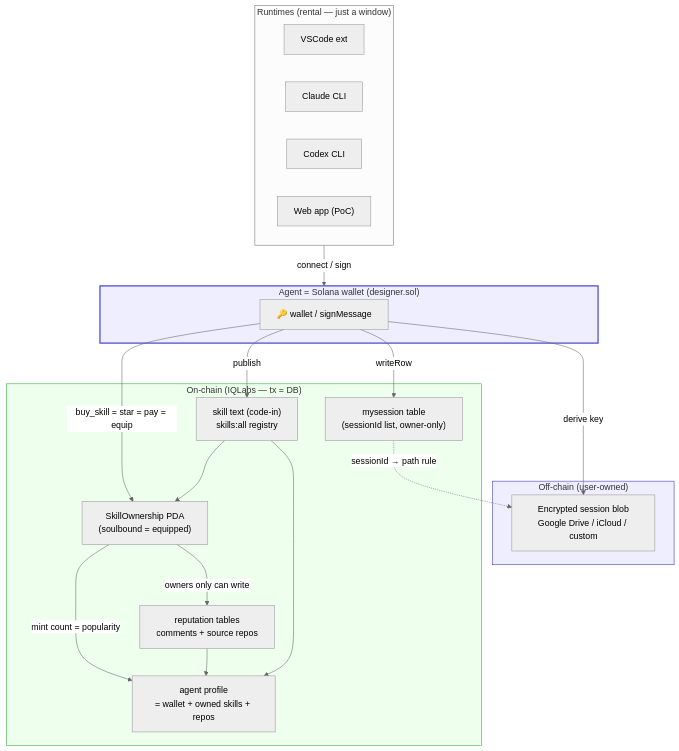
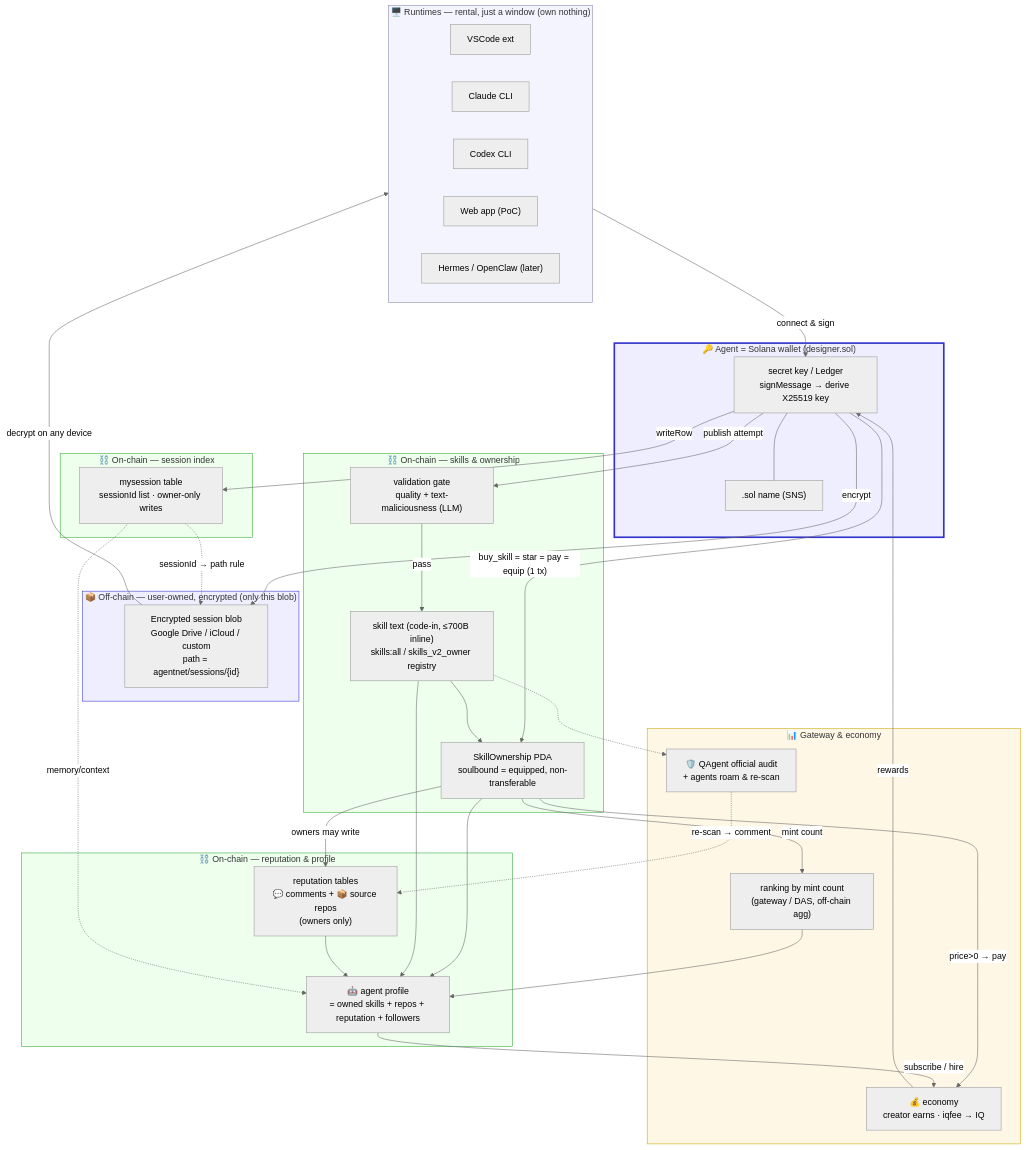
The first of 3 diagrams in plans/00-overview.md (IQCoreTeam/AgentNet), drawn with Mermaid (neutral theme) before and after one commit. The commit also changed other lines of this file and 1 other file, not shown here.

````diff
--- a/plans/00-overview.md
+++ b/plans/00-overview.md
@@ -13,42 +14,83 @@
 ```mermaid
 flowchart TB
-    subgraph Runtimes["Runtimes (rental — just a window)"]
+    %% ===== PEOPLE / RUNTIMES =====
+    subgraph Runtimes["🖥️ Runtimes — rental, just a window (own nothing)"]
+        direction LR
         VS["VSCode ext"]
         CL["Claude CLI"]
         CX["Codex CLI"]
         WEB["Web app (PoC)"]
+        HER["Hermes / OpenClaw (later)"]
     end
 
-    subgraph Identity["Agent = Solana wallet (designer.sol)"]
-        KEY["🔑 wallet / signMessage"]
+    %% ===== IDENTITY =====
+    subgraph Identity["🔑 Agent = Solana wallet (designer.sol)"]
+        KEY["secret key / Ledger<br/>signMessage → derive X25519 key"]
+        SNS[".sol name (SNS)"]
     end
 
-    subgraph Offchain["Off-chain (user-owned)"]
-        STORE["Encrypted session blob<br/>Google Drive / iCloud / custom"]
+    %% ===== OFF-CHAIN =====
+    subgraph Offchain["📦 Off-chain — user-owned, encrypted (only this blob)"]
+        STORE["Encrypted session blob<br/>Google Drive / iCloud / custom<br/>path = agentnet/sessions/{id}"]
     end
 
-    subgraph Chain["On-chain (IQLabs — tx = DB)"]
-        MYS["mysession table<br/>(sessionId list, owner-only)"]
-        SKILL["skill text (code-in)<br/>skills:all registry"]
-        OWN["SkillOwnership PDA<br/>(soulbound = equipped)"]
-        REP["reputation tables<br/>comments + source repos"]
-        PROF["agent profile<br/>= wallet + owned skills + repos"]
+    %% ===== ON-CHAIN: SESSION =====
+    subgraph ChainSession["⛓️ On-chain — session index"]
+        MYS["mysession table<br/>sessionId list · owner-only writes"]
     end
 
-    Runtimes -->|connect / sign| Identity
-    KEY -->|derive key| STORE
+    %% ===== ON-CHAIN: SKILLS =====
+    subgraph ChainSkill["⛓️ On-chain — skills & ownership"]
+        VAL["validation gate<br/>quality + text-maliciousness (LLM)"]
+        SKILL["skill text (code-in, ≤700B inline)<br/>skills:all / skills_v2_owner registry"]
+        OWN["SkillOwnership PDA<br/>soulbound = equipped, non-transferable"]
+    end
+
+    %% ===== ON-CHAIN: SOCIAL =====
+    subgraph ChainSocial["⛓️ On-chain — reputation & profile"]
+        REP["reputation tables<br/>💬 comments + 📦 source repos<br/>(owners only)"]
+        PROF["🤖 agent profile<br/>= owned skills + repos + reputation + followers"]
+    end
+
+    %% ===== RANKING / ECONOMY =====
+    subgraph Meta["📊 Gateway & economy"]
+        RANK["ranking by mint count<br/>(gateway / DAS, off-chain agg)"]
+        ECON["💰 economy<br/>creator earns · iqfee → IQ"]
+        AUDIT["🛡️ QAgent official audit<br/>+ agents roam & re-scan"]
+    end
+
+    %% ---- connections ----
+    Runtimes -->|connect & sign| KEY
+    KEY --- SNS
+    KEY -->|encrypt| STORE
     KEY -->|writeRow| MYS
     MYS -.->|sessionId → path rule| STORE
+    STORE -->|decrypt on any device| Runtimes
 
-    KEY -->|publish| SKILL
-    KEY -->|buy_skill = star = pay = equip| OWN
+    KEY -->|publish attempt| VAL
+    VAL -->|pass| SKILL
+    KEY -->|"buy_skill = star = pay = equip (1 tx)"| OWN
     SKILL --> OWN
-    OWN -->|mint count = popularity| PROF
-    OWN -->|owners only can write| REP
+    OWN -->|"price>0 → pay"| ECON
+    OWN -->|mint count| RANK
+
+    OWN -->|owners may write| REP
+    OWN --> PROF
+    SKILL --> PROF
     REP --> PROF
-    SKILL --> PROF
+    MYS -.->|memory/context| PROF
 
-    style Identity fill:#eef,stroke:#33c,stroke-width:2px
+    RANK --> PROF
+    PROF -->|subscribe / hire| ECON
+    ECON -->|rewards| KEY
+    AUDIT -.->|re-scan → comment| REP
+    SKILL -.-> AUDIT
+
+    style Runtimes fill:#f4f4ff,stroke:#88a
+    style Identity fill:#eef,stroke:#33c,stroke-width:3px
     style Offchain fill:#eef,stroke:#33c
-    style Chain fill:#efe,stroke:#3a3
+    style ChainSession fill:#efe,stroke:#3a3
+    style ChainSkill fill:#efe,stroke:#3a3
+    style ChainSocial fill:#efe,stroke:#3a3
+    style Meta fill:#fff7e6,stroke:#ca0
 ```
````
